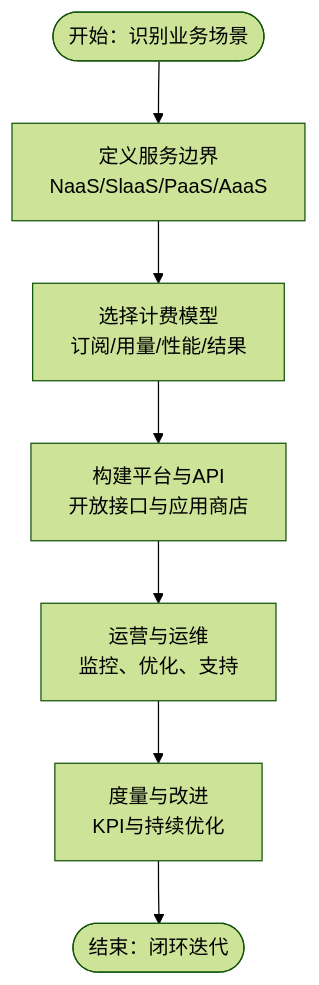
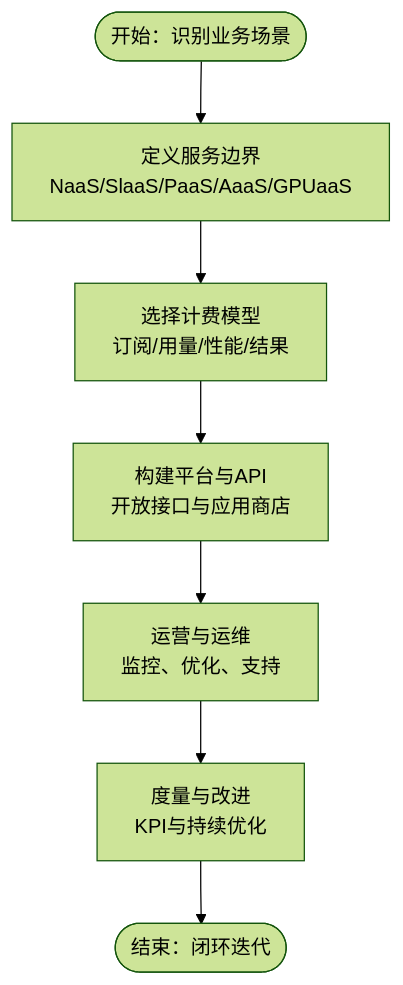
One commit to allengaller/oran-database changed the third of 8 diagrams in .qoder/repowiki/zh/content/生态合作/商业模式创新.md. Above: the diagram before and after it, drawn with Mermaid (forest theme). The commit also changed other lines of this file and 32 other files, not shown here.

````diff
--- a/.qoder/repowiki/zh/content/生态合作/商业模式创新.md
+++ b/.qoder/repowiki/zh/content/生态合作/商业模式创新.md
@@ -171,9 +189,9 @@
 ```mermaid
 flowchart TD
-Start(["开始：识别业务场景"]) --> Define["定义服务边界<br/>NaaS/SlaaS/PaaS/AaaS"]
+Start(["开始：识别业务场景"]) --> Define["定义服务边界<br/>NaaS/SlaaS/PaaS/AaaS/GPUaaS"]
 Define --> Choose["选择计费模型<br/>订阅/用量/性能/结果"]
 Choose --> Build["构建平台与API<br/>开放接口与应用商店"]
 Build --> Operate["运营与运维<br/>监控、优化、支持"]
 Operate --> Measure["度量与改进<br/>KPI与持续优化"]
 Measure --> End(["结束：闭环迭代"])
 ```
````
